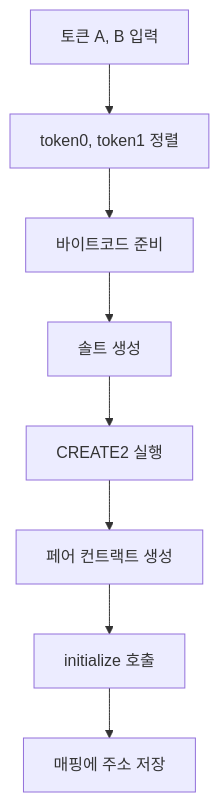
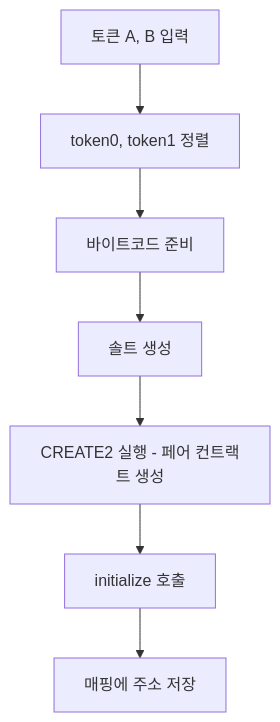
The diagram in contract-uniswap-v2-core/README.md (TeTedo/blog-code), drawn with Mermaid before and after one commit. The commit also changed other lines of this file, not shown here.

Commit message:
readme : create pair

````diff
--- a/contract-uniswap-v2-core/README.md
+++ b/contract-uniswap-v2-core/README.md
@@ -17,10 +17,9 @@
 ```mermaid
 graph TD
     A[토큰 A, B 입력] --> B[token0, token1 정렬]
     B --> C[바이트코드 준비]
     C --> D[솔트 생성]
-    D --> E[CREATE2 실행]
-    E --> F[페어 컨트랙트 생성]
-    F --> G[initialize 호출]
-    G --> H[매핑에 주소 저장]
+    D --> E[CREATE2 실행 - 페어 컨트랙트 생성]
+    E --> F[initialize 호출]
+    F --> G[매핑에 주소 저장]
 ```
````
